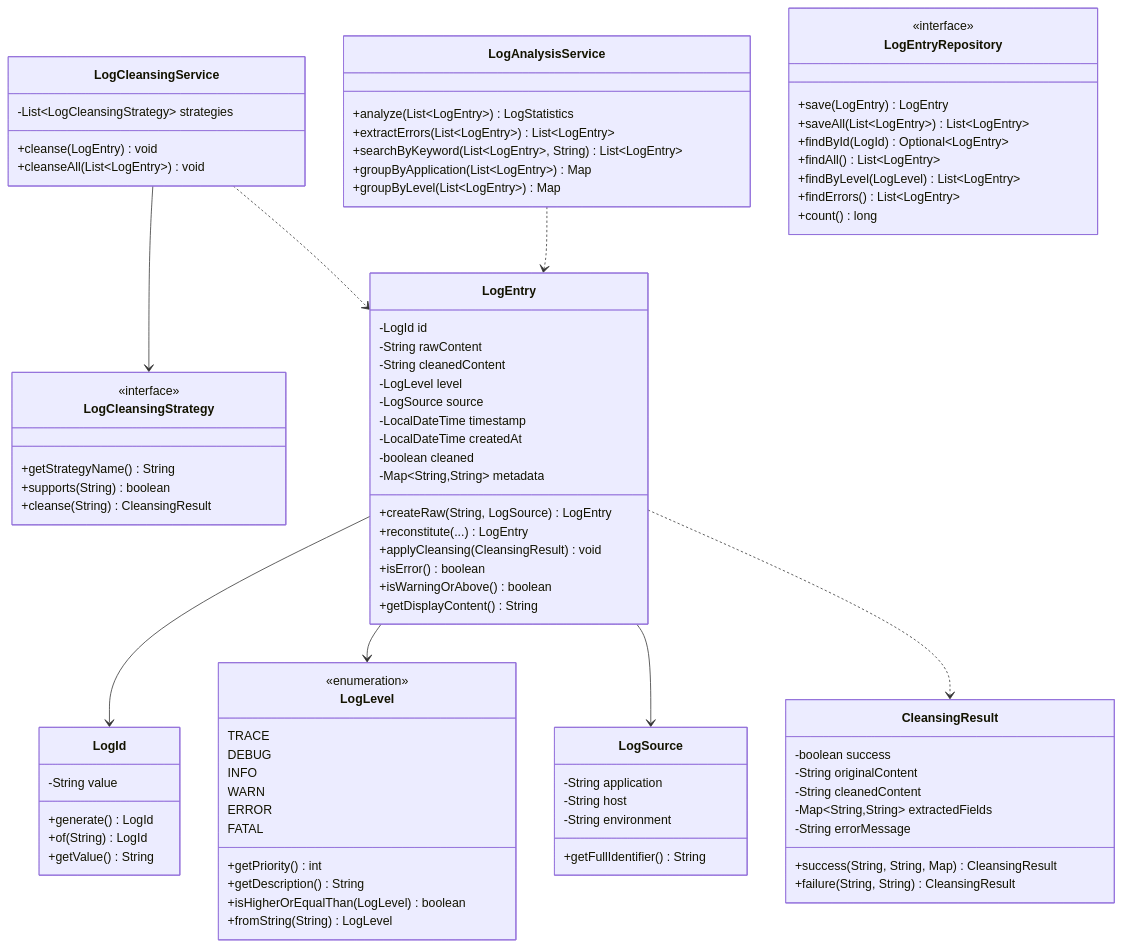
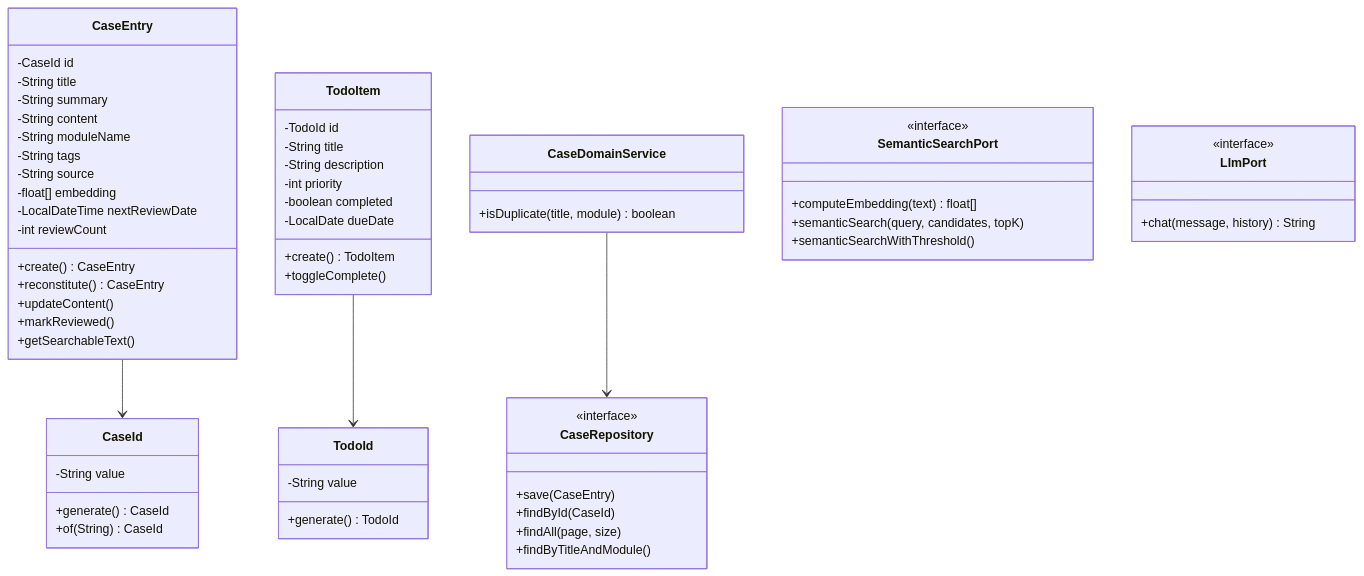
Before and after one commit to jackjiang9627-hash/keke: the first of 7 diagrams in README.md, drawn with Mermaid. The commit also changed other lines of this file and 50 other files, not shown here.

````diff
--- a/README.md
+++ b/README.md
@@ -965,98 +535,70 @@
 ```mermaid
 classDiagram
-    class LogEntry {
-        -LogId id
-        -String rawContent
-        -String cleanedContent
-        -LogLevel level
-        -LogSource source
-        -LocalDateTime timestamp
-        -LocalDateTime createdAt
-        -boolean cleaned
-        -Map~String,String~ metadata
-        +createRaw(String, LogSource) LogEntry
-        +reconstitute(...) LogEntry
-        +applyCleansing(CleansingResult) void
-        +isError() boolean
-        +isWarningOrAbove() boolean
-        +getDisplayContent() String
+    class CaseEntry {
+        -CaseId id
+        -String title
+        -String summary
+        -String content
+        -String moduleName
+        -String tags
+        -String source
+        -float[] embedding
+        -LocalDateTime nextReviewDate
+        -int reviewCount
+        +create() CaseEntry
+        +reconstitute() CaseEntry
+        +updateContent()
+        +markReviewed()
+        +getSearchableText()
     }
-
-    class LogId {
+    
+    class TodoItem {
+        -TodoId id
+        -String title
+        -String description
+        -int priority
+        -boolean completed
+        -LocalDate dueDate
+        +create() TodoItem
+        +toggleComplete()
+    }
+    
+    class CaseId {
         -String value
-        +generate() LogId
-        +of(String) LogId
-        +getValue() String
+        +generate() CaseId
+        +of(String) CaseId
     }
-
-    class LogLevel {
-        <<enumeration>>
-        TRACE
-        DEBUG
-        INFO
-        WARN
-        ERROR
-        FATAL
-        +getPriority() int
-        +getDescription() String
-        +isHigherOrEqualThan(LogLevel) boolean
-        +fromString(String) LogLevel
+    
+    class TodoId {
+        -String value
+        +generate() TodoId
     }
-
-    class LogSource {
-        -String application
-        -String host
-        -String environment
-        +getFullIdentifier() String
+    
+    class CaseDomainService {
+        +isDuplicate(title, module) boolean
     }
-
-    class CleansingResult {
-        -boolean success
-        -String originalContent
-        -String cleanedContent
-        -Map~String,String~ extractedFields
-        -String errorMessage
-        +success(String, String, Map) CleansingResult
-        +failure(String, String) CleansingResult
+    
+    class CaseRepository {
+        <<interface>>
+        +save(CaseEntry)
+        +findById(CaseId)
+        +findAll(page, size)
+        +findByTitleAndModule()
     }
-
-    class LogCleansingService {
-        -List~LogCleansingStrategy~ strategies
-        +cleanse(LogEntry) void
-        +cleanseAll(List~LogEntry~) void
+    
+    class SemanticSearchPort {
+        <<interface>>
+        +computeEmbedding(text) float[]
+        +semanticSearch(query, candidates, topK)
+        +semanticSearchWithThreshold()
     }
-
-    class LogCleansingStrategy {
+    
+    class LlmPort {
         <<interface>>
-        +getStrategyName() String
-        +supports(String) boolean
-        +cleanse(String) CleansingResult
+        +chat(message, history) String
     }
-
-    class LogAnalysisService {
-        +analyze(List~LogEntry~) LogStatistics
-        +extractErrors(List~LogEntry~) List~LogEntry~
-        +searchByKeyword(List~LogEntry~, String) List~LogEntry~
-        +groupByApplication(List~LogEntry~) Map
-        +groupByLevel(List~LogEntry~) Map
-    }
-
-    class LogEntryRepository {
-        <<interface>>
-        +save(LogEntry) LogEntry
-        +saveAll(List~LogEntry~) List~LogEntry~
-        +findById(LogId) Optional~LogEntry~
-        +findAll() List~LogEntry~
-        +findByLevel(LogLevel) List~LogEntry~
-        +findErrors() List~LogEntry~
-        +count() long
-    }
-
-    LogEntry --> LogId
-    LogEntry --> LogLevel
-    LogEntry --> LogSource
-    LogEntry ..> CleansingResult
-    LogCleansingService --> LogCleansingStrategy
-    LogCleansingService ..> LogEntry
-    LogAnalysisService ..> LogEntry
+    
+    CaseEntry --> CaseId
+    TodoItem --> TodoId
+    CaseDomainService --> CaseRepository
 ```
````
